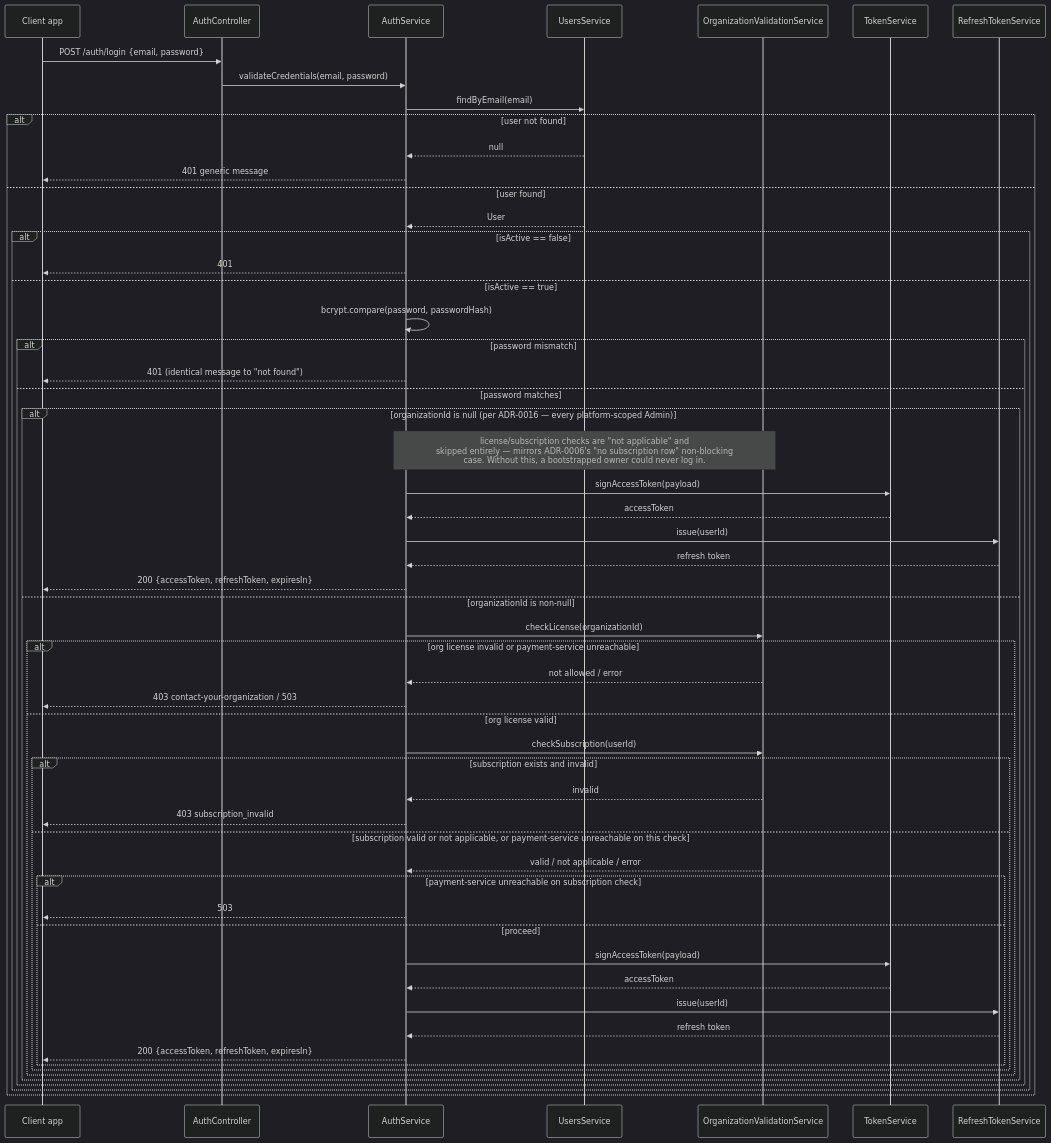
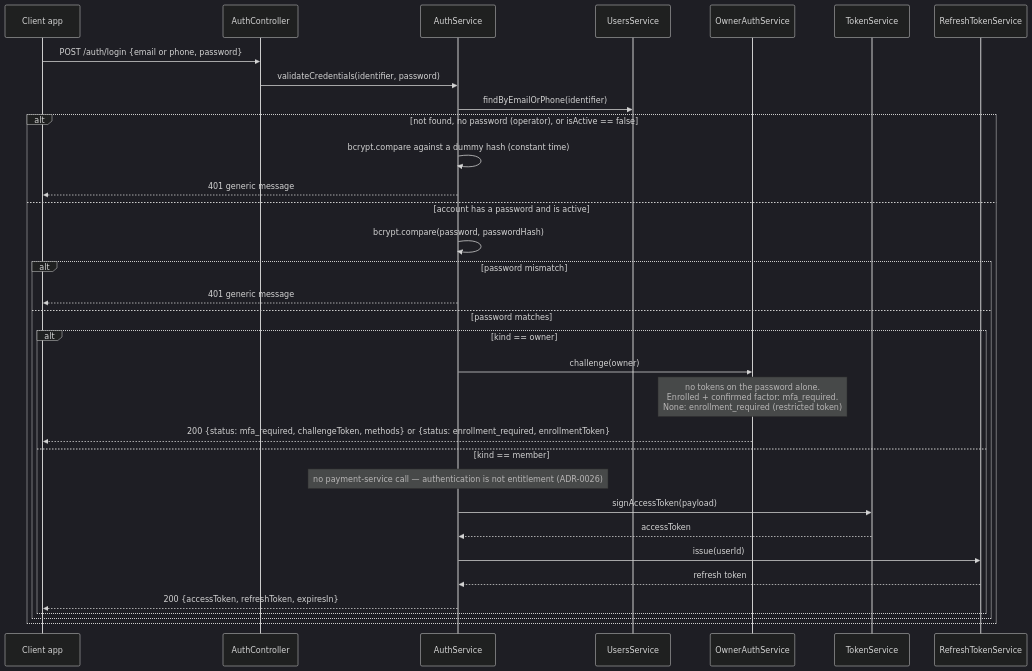
Before and after one commit to nawara-solutions/nawara-core: the eighth of 24 diagrams in docs/sdd/auth-service.md, drawn with Mermaid (dark theme). The commit also changed other lines of this file and 104 other files, not shown here.

First line of the commit message:
feat(auth-service): implement owner MFA, step-up, recovery and operator sessions

````diff
--- a/docs/sdd/auth-service.md
+++ b/docs/sdd/auth-service.md
@@ -1143,60 +2433,36 @@
 ```mermaid
 sequenceDiagram
     participant App as Client app
     participant AC as AuthController
     participant AS as AuthService
     participant US as UsersService
-    participant OVS as OrganizationValidationService
+    participant OAS as OwnerAuthService
     participant TS as TokenService
     participant RTS as RefreshTokenService
 
-    App->>AC: POST /auth/login {email, password}
-    AC->>AS: validateCredentials(email, password)
-    AS->>US: findByEmail(email)
-    alt user not found
-        US-->>AS: null
+    App->>AC: POST /auth/login {email or phone, password}
+    AC->>AS: validateCredentials(identifier, password)
+    AS->>US: findByEmailOrPhone(identifier)
+    alt not found, no password (operator), or isActive == false
+        AS->>AS: bcrypt.compare against a dummy hash (constant time)
         AS-->>App: 401 generic message
-    else user found
-        US-->>AS: User
-        alt isActive == false
-            AS-->>App: 401
-        else isActive == true
-            AS->>AS: bcrypt.compare(password, passwordHash)
-            alt password mismatch
-                AS-->>App: 401 (identical message to "not found")
-            else password matches
-                alt organizationId is null (per ADR-0016 — every platform-scoped Admin)
-                    Note over AS,OVS: license/subscription checks are "not applicable" and<br/>skipped entirely — mirrors ADR-0006's "no subscription row" non-blocking<br/>case. Without this, a bootstrapped owner could never log in.
-                    AS->>TS: signAccessToken(payload)
-                    TS-->>AS: accessToken
-                    AS->>RTS: issue(userId)
-                    RTS-->>AS: refresh token
-                    AS-->>App: 200 {accessToken, refreshToken, expiresIn}
-                else organizationId is non-null
-                    AS->>OVS: checkLicense(organizationId)
-                    alt org license invalid or payment-service unreachable
-                        OVS-->>AS: not allowed / error
-                        AS-->>App: 403 contact-your-organization / 503
-                    else org license valid
-                        AS->>OVS: checkSubscription(userId)
-                        alt subscription exists and invalid
-                            OVS-->>AS: invalid
-                            AS-->>App: 403 subscription_invalid
-                        else subscription valid or not applicable, or payment-service unreachable on this check
-                            OVS-->>AS: valid / not applicable / error
-                            alt payment-service unreachable on subscription check
-                                AS-->>App: 503
-                            else proceed
-                                AS->>TS: signAccessToken(payload)
-                                TS-->>AS: accessToken
-                                AS->>RTS: issue(userId)
-                                RTS-->>AS: refresh token
-                                AS-->>App: 200 {accessToken, refreshToken, expiresIn}
-                            end
-                        end
-                    end
-                end
+    else account has a password and is active
+        AS->>AS: bcrypt.compare(password, passwordHash)
+        alt password mismatch
+            AS-->>App: 401 generic message
+        else password matches
+            alt kind == owner
+                AS->>OAS: challenge(owner)
+                Note over OAS: no tokens on the password alone.<br/>Enrolled + confirmed factor: mfa_required.<br/>None: enrollment_required (restricted token)
+                OAS-->>App: 200 {status: mfa_required, challengeToken, methods} or {status: enrollment_required, enrollmentToken}
+            else kind == member
+                Note over AS: no payment-service call — authentication is not entitlement (ADR-0026)
+                AS->>TS: signAccessToken(payload)
+                TS-->>AS: accessToken
+                AS->>RTS: issue(userId)
+                RTS-->>AS: refresh token
+                AS-->>App: 200 {accessToken, refreshToken, expiresIn}
             end
         end
     end
 ```
````
